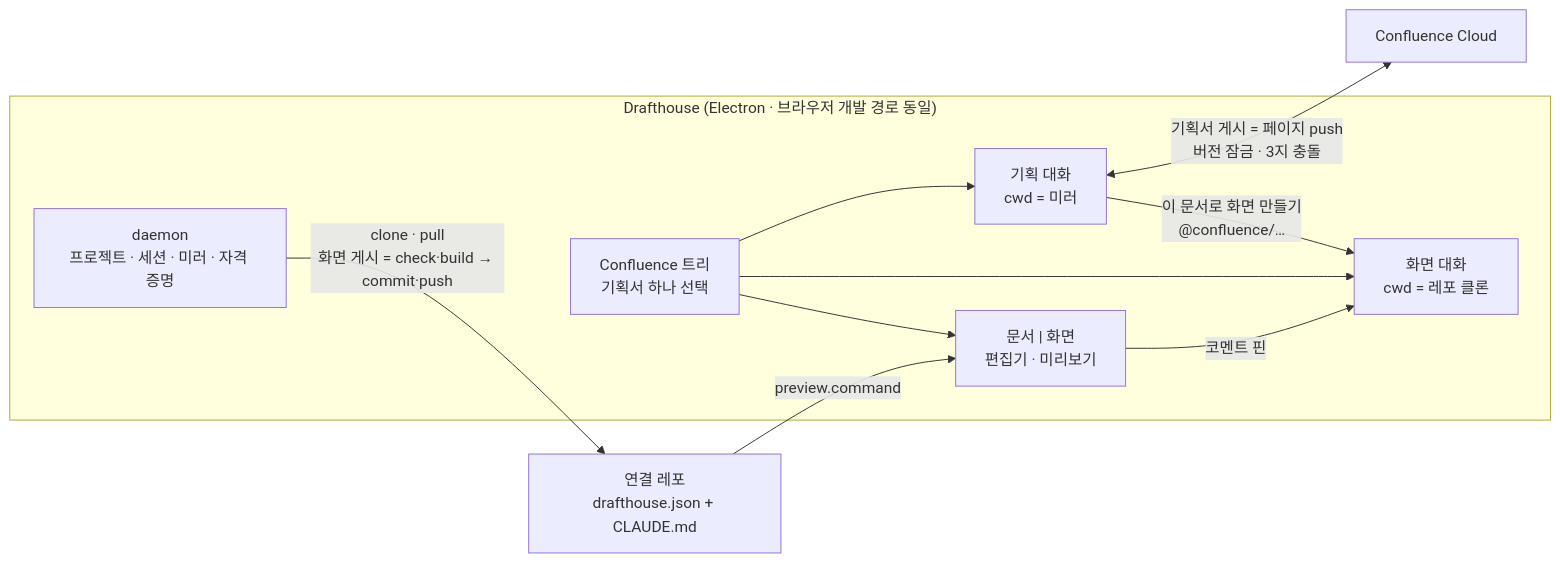
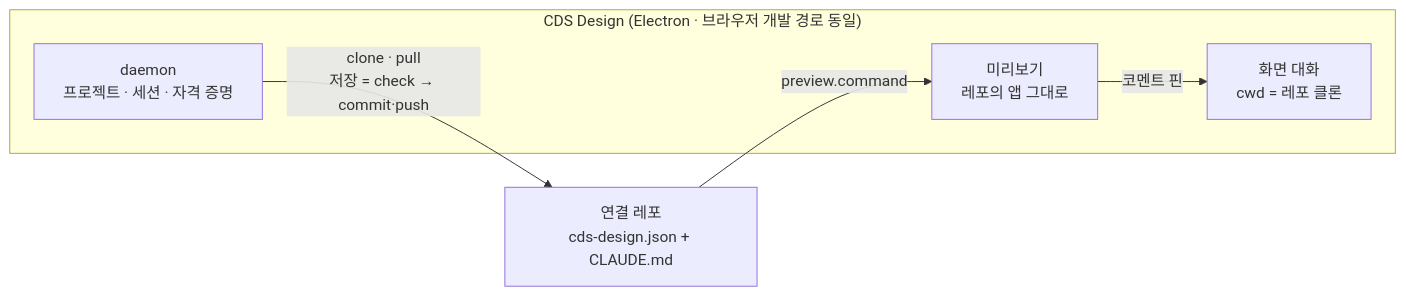
Before and after one commit to inkwonjung-colosseum/cds-design: the diagram in README.md, drawn with Mermaid. The commit also changed other lines of this file and 127 other files, not shown here.

First line of the commit message:
Confluence 하프 제거 + Drafthouse → CDS Design + 게이트 넷 · 사이드바 — 프로토콜 v9, 홈 ~/.cds-design (#1)

````diff
--- a/README.md
+++ b/README.md
@@ -148,20 +112,12 @@
 ```mermaid
 flowchart LR
-    subgraph app["Drafthouse (Electron · 브라우저 개발 경로 동일)"]
-        tree["Confluence 트리<br/>기획서 하나 선택"]
-        plan["기획 대화<br/>cwd = 미러"]
+    subgraph app["CDS Design (Electron · 브라우저 개발 경로 동일)"]
         design["화면 대화<br/>cwd = 레포 클론"]
-        seg["문서 | 화면<br/>편집기 · 미리보기"]
-        daemon["daemon<br/>프로젝트 · 세션 · 미러 · 자격 증명"]
+        preview["미리보기<br/>레포의 앱 그대로"]
+        daemon["daemon<br/>프로젝트 · 세션 · 자격 증명"]
     end
-    repo["연결 레포<br/>drafthouse.json + CLAUDE.md"]
-    conf["Confluence Cloud"]
-    tree --> plan
-    tree --> design
-    tree --> seg
-    plan <-->|"기획서 게시 = 페이지 push<br/>버전 잠금 · 3지 충돌"| conf
-    plan -->|"이 문서로 화면 만들기<br/>@confluence/…"| design
-    daemon -->|"clone · pull<br/>화면 게시 = check·build → commit·push"| repo
-    repo -->|"preview.command"| seg
-    seg -->|"코멘트 핀"| design
+    repo["연결 레포<br/>cds-design.json + CLAUDE.md"]
+    daemon -->|"clone · pull<br/>저장 = check → commit·push"| repo
+    repo -->|"preview.command"| preview
+    preview -->|"코멘트 핀"| design
 ```
````
